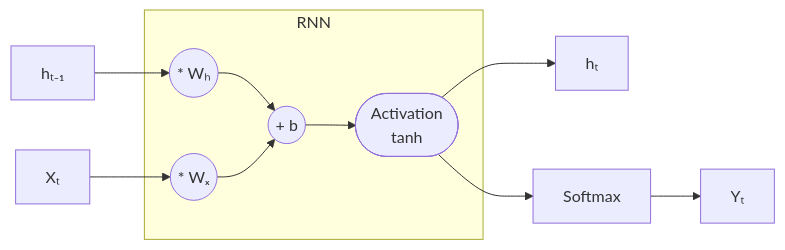
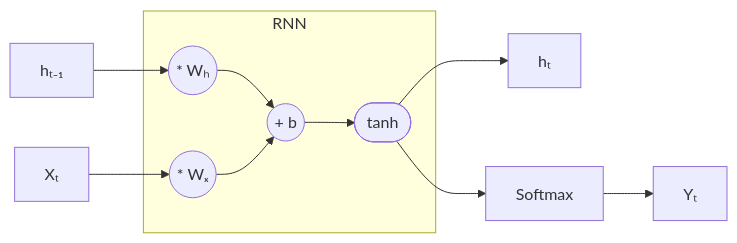
One commit to SykChw/old.sykchw.github.io changed the second of 3 diagrams in content/2024-04-12.md. Above: the diagram before and after it, drawn with Mermaid. The commit also changed other lines of this file and 1 other file, not shown here.

````diff
--- a/content/2024-04-12.md
+++ b/content/2024-04-12.md
@@ -42,24 +43,23 @@
 ```mermaid
 flowchart LR
 
 mul1((* Wₕ))
 mul2((* Wₓ))
 add((+ b))
-tanh([Activation
- tanh])
+tanh([tanh])
 hin[hₜ₋₁]
 hout[hₜ]
 af[Softmax]
 in[Xₜ]
 out[Yₜ]
 
 hin --> mul1
 in --> mul2
 tanh --> af & hout
 af --> out
 
 subgraph RNN
 mul1 & mul2 --> add --> tanh
 end
 
 ```
````
